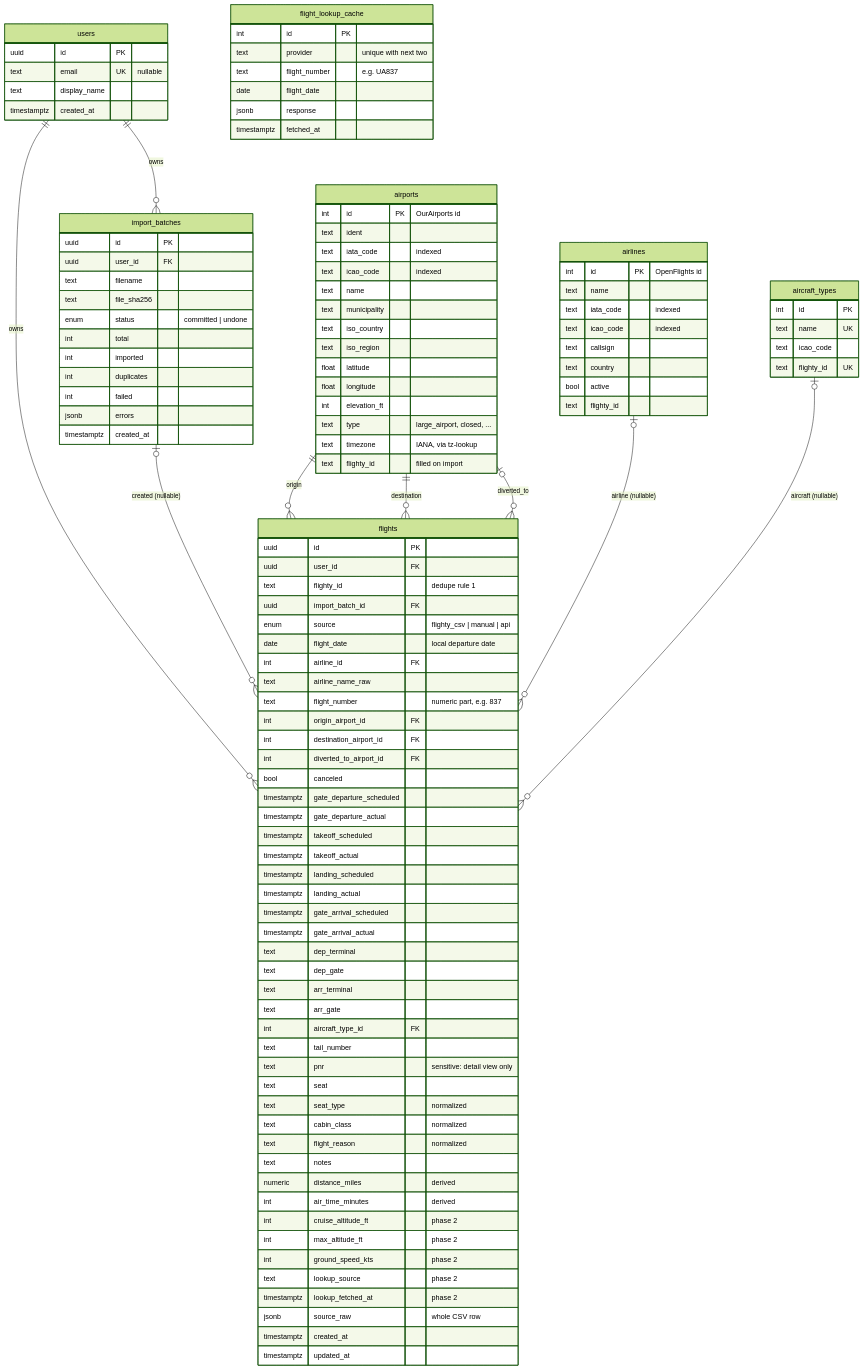
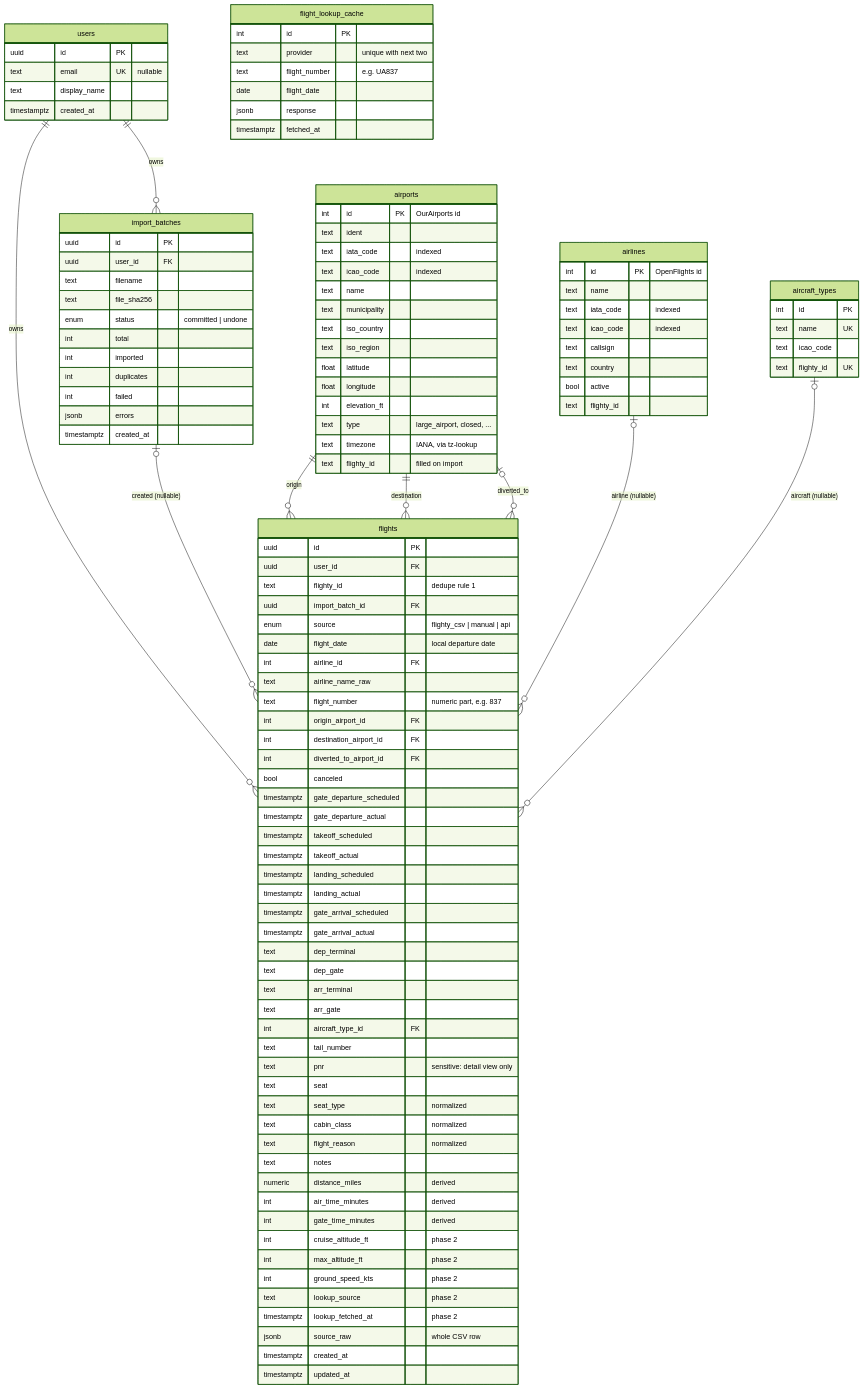
The diagram in docs/data-model.md (wyattmunson/flight-log), drawn with Mermaid (forest theme) before and after one commit. The commit also changed other lines of this file and 29 other files, not shown here.

Commit message:
feat: add gate to gate time, add swagger doc and served up via router endpoint

```diff
--- a/docs/data-model.md
+++ b/docs/data-model.md
@@ -88,6 +88,7 @@
     text notes
     numeric distance_miles "derived"
     int air_time_minutes "derived"
+    int gate_time_minutes "derived"
     int cruise_altitude_ft "phase 2"
     int max_altitude_ft "phase 2"
     int ground_speed_kts "phase 2"
```
